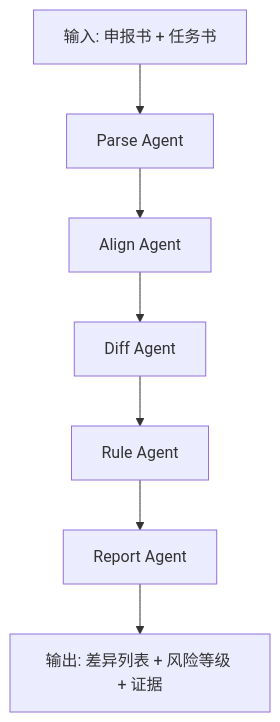
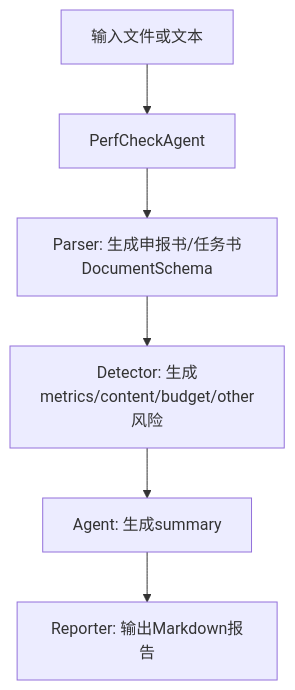
The diagram in docs/50-perfcheck/03-agent.md (yunsaijc/TechManagement), drawn with Mermaid before and after one commit. The commit also changed other lines of this file and 34 other files, not shown here.

````diff
--- a/docs/50-perfcheck/03-agent.md
+++ b/docs/50-perfcheck/03-agent.md
@@ -19,9 +23,8 @@
 ```mermaid
 flowchart TD
-    A[输入: 申报书 + 任务书] --> B[Parse Agent]
-    B --> C[Align Agent]
-    C --> D[Diff Agent]
-    D --> E[Rule Agent]
-    E --> F[Report Agent]
-    F --> G[输出: 差异列表 + 风险等级 + 证据]
+    A[输入文件或文本] --> B[PerfCheckAgent]
+    B --> C[Parser: 生成申报书/任务书DocumentSchema]
+    C --> D[Detector: 生成metrics/content/budget/other风险]
+    D --> E[Agent: 生成summary]
+    E --> F[Reporter: 输出Markdown报告]
 ```
````
